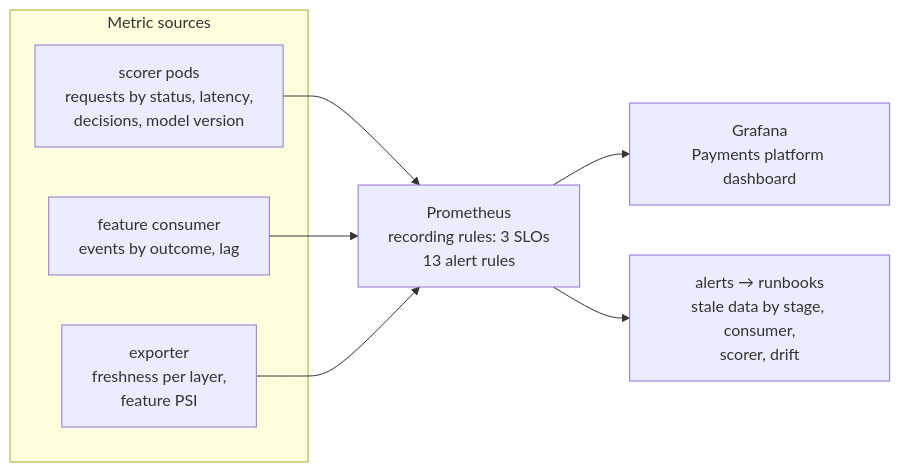
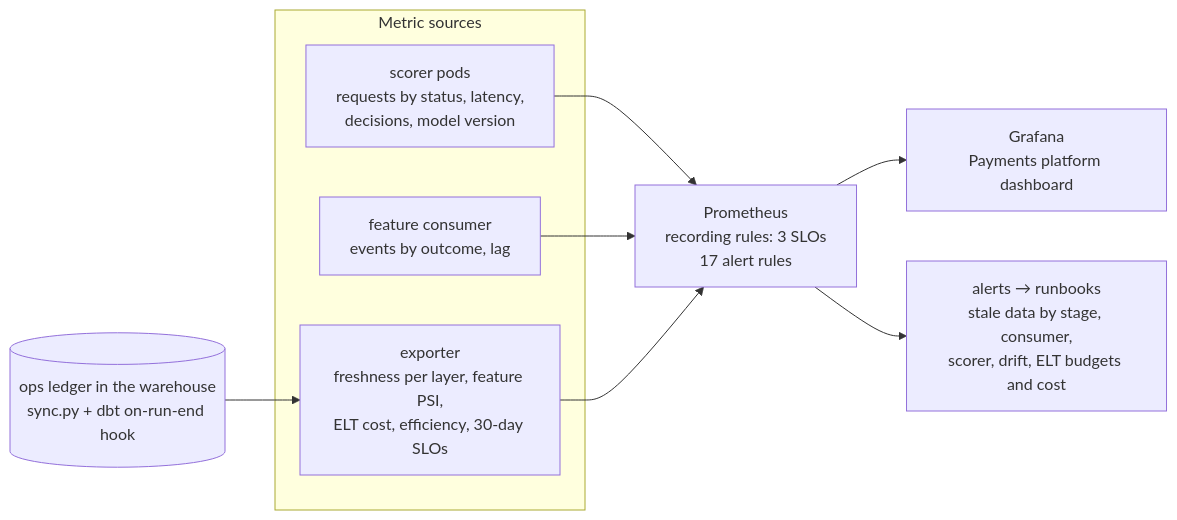
One commit to apmalong/mini-payments-platform changed the sixth of 6 diagrams in docs/architecture.md. Above: the diagram before and after it, drawn with Mermaid. The commit also changed 13 other files, not shown here.

First line of the commit message:
Measure ELT cost, efficiency and SLOs from a run ledger

````diff
--- a/docs/architecture.md
+++ b/docs/architecture.md
@@ -153,13 +153,14 @@
 ```mermaid
 flowchart LR
   subgraph sources["Metric sources"]
     M1["scorer pods<br/>requests by status, latency,<br/>decisions, model version"]
     M2["feature consumer<br/>events by outcome, lag"]
-    M3["exporter<br/>freshness per layer,<br/>feature PSI"]
+    M3["exporter<br/>freshness per layer, feature PSI,<br/>ELT cost, efficiency, 30-day SLOs"]
   end
-  M1 --> P["Prometheus<br/>recording rules: 3 SLOs<br/>13 alert rules"]
+  L[("ops ledger in the warehouse<br/>sync.py + dbt on-run-end hook")] --> M3
+  M1 --> P["Prometheus<br/>recording rules: 3 SLOs<br/>17 alert rules"]
   M2 --> P
   M3 --> P
   P --> G["Grafana<br/>Payments platform dashboard"]
-  P --> A["alerts → runbooks<br/>stale data by stage, consumer,<br/>scorer, drift"]
+  P --> A["alerts → runbooks<br/>stale data by stage, consumer,<br/>scorer, drift, ELT budgets and cost"]
 ```
````
